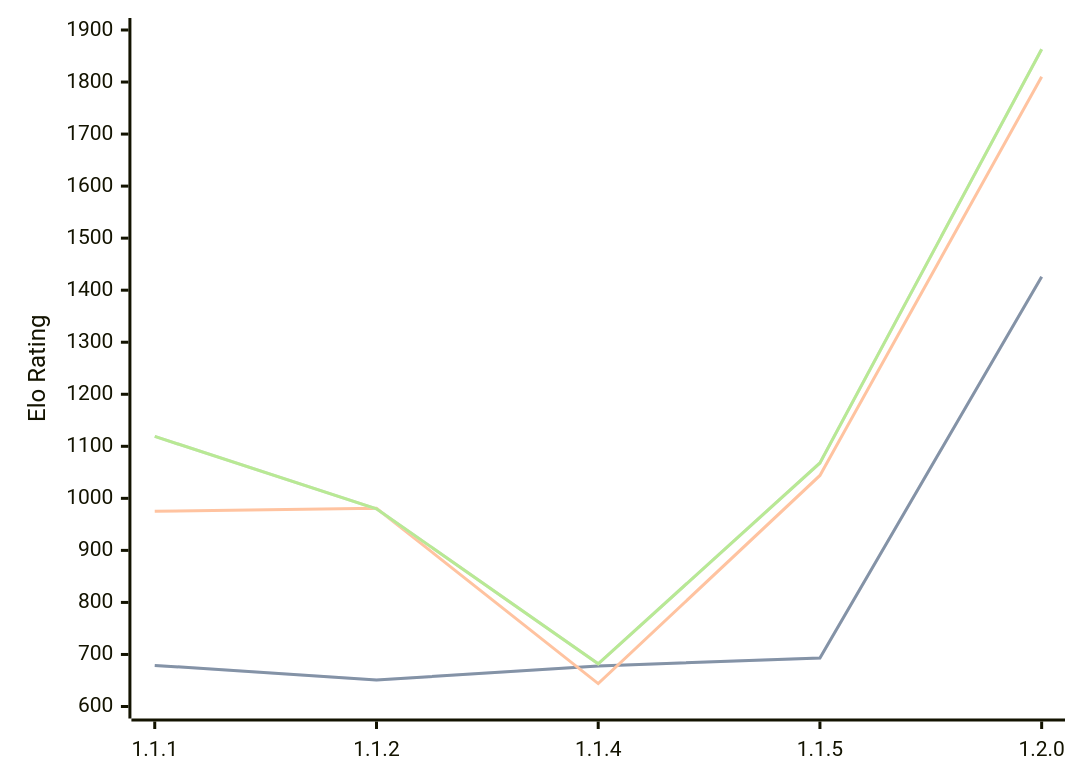
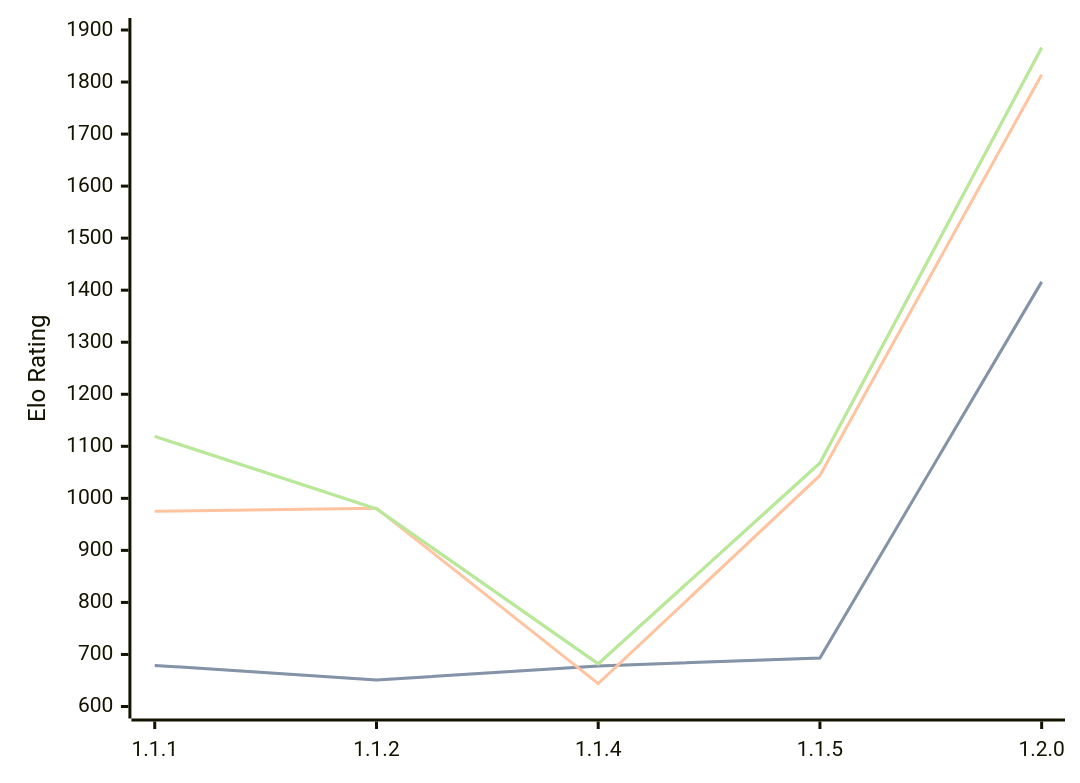
Before and after one commit to computer-chess-index/cci: the diagram in engines/ChessCore.md, drawn with Mermaid. The commit also changed other lines of this file, not shown here.

Commit message:
Update CCI Ratings (ELO VLTC) - 2026-07-27

````diff
--- a/engines/ChessCore.md
+++ b/engines/ChessCore.md
@@ -36,11 +36,11 @@
 ```mermaid
 %%{init: {"theme":"base","themeVariables":{"seriesColors:['#a3a3a3','#222221','#faa371']}}}%%
 xychart-beta
   x-axis ["1.1.1", "1.1.2", "1.1.4", "1.1.5", "1.2.0"]
   y-axis "Elo Rating" 600 --> 1900
-  line "STC (8.0+0.08s)" [679, 651, 678, 693, 1426]
-  line "STC (8.0+0.08s)" [679, 651, 678, 693, 1426]
-  line "LTC (60.0+0.60s)" [975, 981, 644, 1044, 1810]
-  line "VLTC (2m24s+1.12s)" [1119, 980, 682, 1068, 1863]
-  line "VLTC (2m24s+1.12s)" [1119, 980, 682, 1068, 1863]
+  line "STC (8.0+0.08s)" [679, 651, 678, 693, 1416]
+  line "STC (8.0+0.08s)" [679, 651, 678, 693, 1416]
+  line "LTC (60.0+0.60s)" [975, 981, 644, 1044, 1814]
+  line "VLTC (2m24s+1.12s)" [1119, 980, 682, 1068, 1866]
+  line "VLTC (2m24s+1.12s)" [1119, 980, 682, 1068, 1866]
 ```
````
